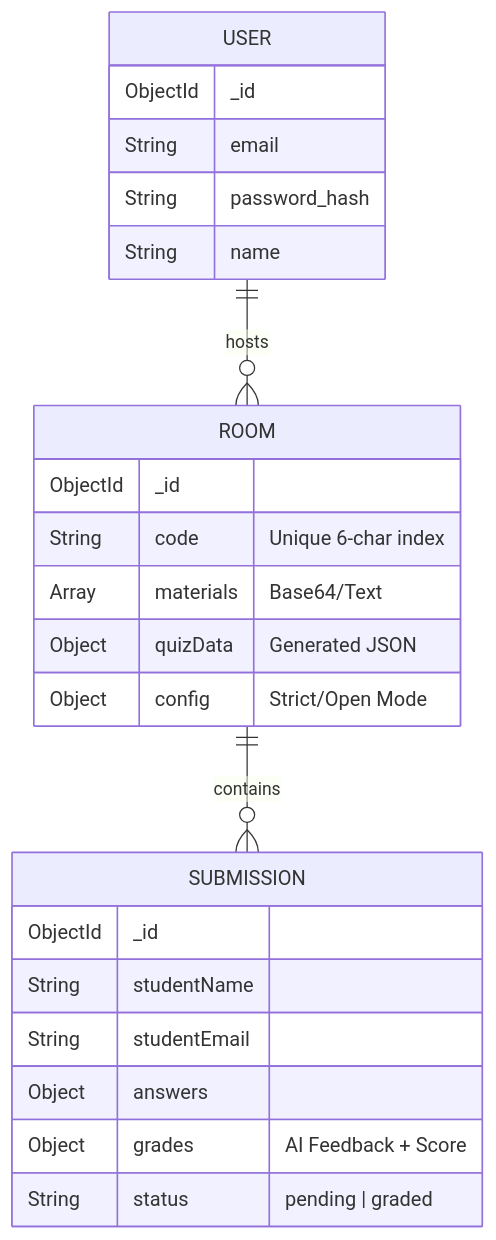
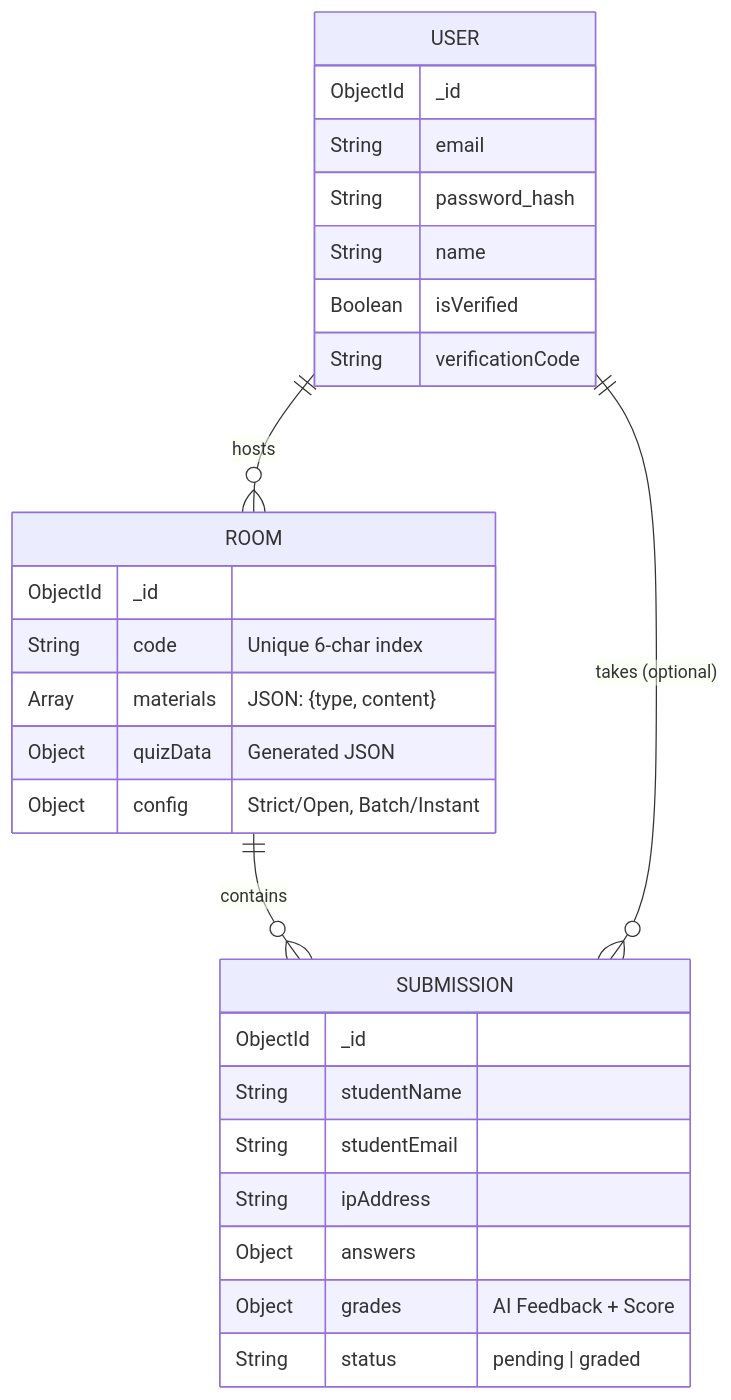
The third of 3 diagrams in README.md (dndanny/questionnaire-ai), drawn with Mermaid before and after one commit. The commit also changed other lines of this file and 9 other files, not shown here.

````diff
--- a/README.md
+++ b/README.md
@@ -94,29 +144,33 @@
 ```mermaid
 erDiagram
     USER ||--o{ ROOM : hosts
     ROOM ||--o{ SUBMISSION : contains
+    USER ||--o{ SUBMISSION : "takes (optional)"
     
     USER {
         ObjectId _id
         String email
         String password_hash
         String name
+        Boolean isVerified
+        String verificationCode
     }
     
     ROOM {
         ObjectId _id
         String code "Unique 6-char index"
-        Array materials "Base64/Text"
+        Array materials "JSON: {type, content}"
         Object quizData "Generated JSON"
-        Object config "Strict/Open Mode"
+        Object config "Strict/Open, Batch/Instant"
     }
     
     SUBMISSION {
         ObjectId _id
         String studentName
         String studentEmail
+        String ipAddress
         Object answers
         Object grades "AI Feedback + Score"
         String status "pending | graded"
     }
 ```
````
